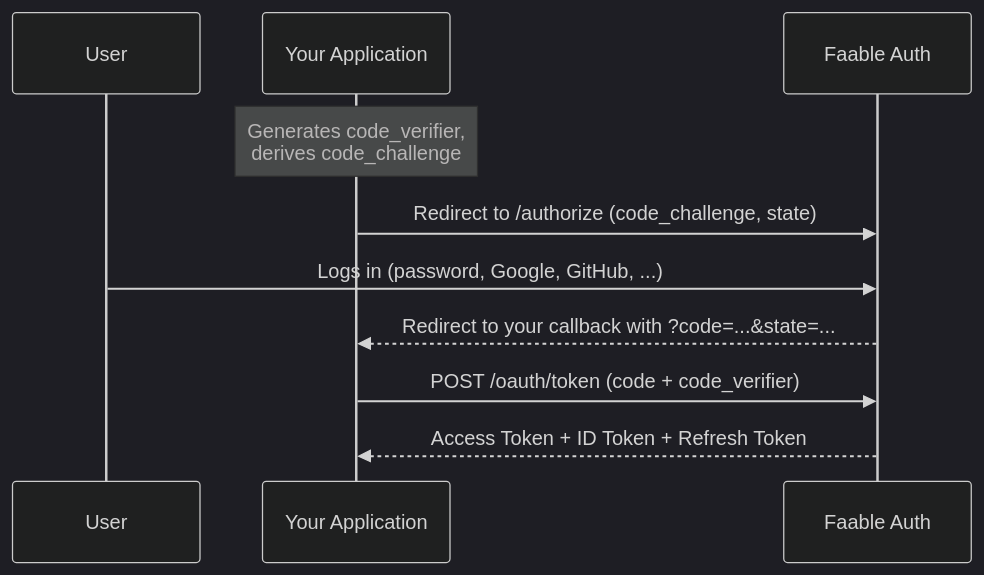
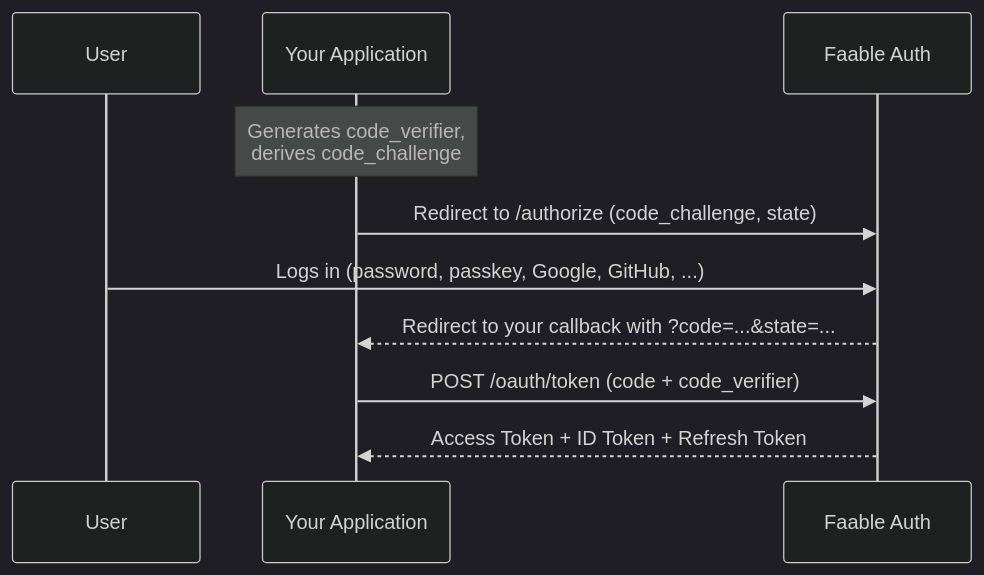
Before and after one commit to faablecloud/docs: the diagram in content/auth/oauth-flows/authorization-code.mdx, drawn with Mermaid (dark theme). The commit also changed other lines of this file and 4 other files, not shown here.

````diff
--- a/content/auth/oauth-flows/authorization-code.mdx
+++ b/content/auth/oauth-flows/authorization-code.mdx
@@ -47,13 +48,13 @@
 ```mermaid
 sequenceDiagram
     participant User
     participant App as Your Application
     participant Faable as Faable Auth
 
     Note over App: Generates code_verifier,<br/>derives code_challenge
     App->>Faable: Redirect to /authorize (code_challenge, state)
-    User->>Faable: Logs in (password, Google, GitHub, ...)
+    User->>Faable: Logs in (password, passkey, Google, GitHub, ...)
     Faable-->>App: Redirect to your callback with ?code=...&state=...
     App->>Faable: POST /oauth/token (code + code_verifier)
     Faable-->>App: Access Token + ID Token + Refresh Token
 ```
````
